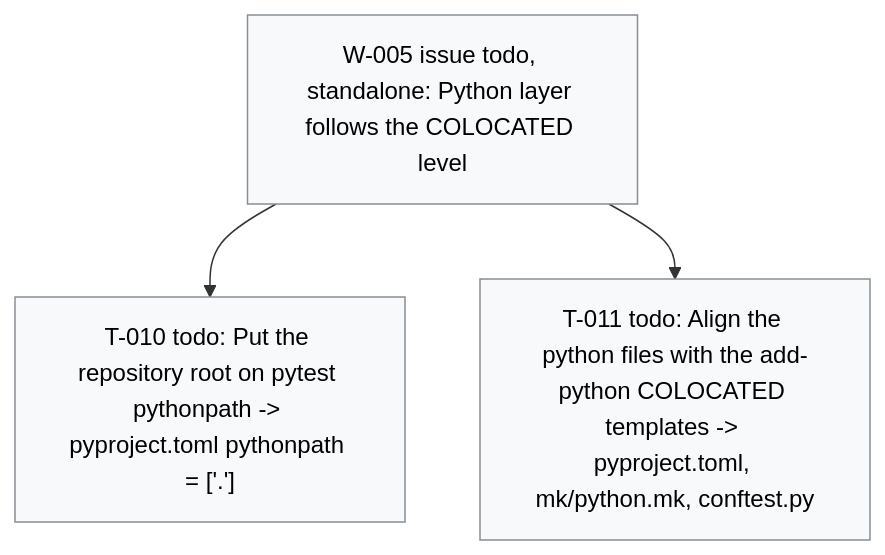
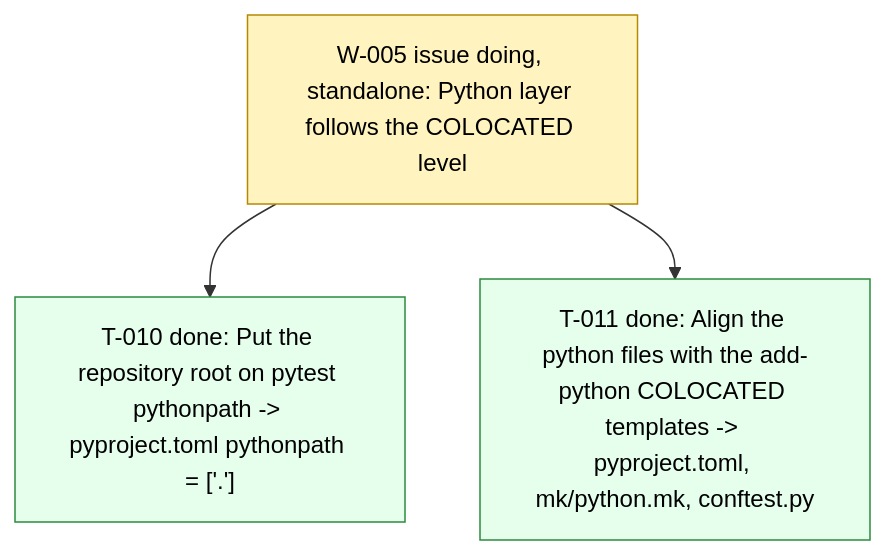
Before and after one commit to dpopchev/surrogate-models: the diagram in .board/BOARD.md, drawn with Mermaid. The commit also changed other lines of this file and 1 other file, not shown here.

Commit message:
chore: close T-011 on the board
Refs: W-005 T-011

````diff
--- a/.board/BOARD.md
+++ b/.board/BOARD.md
@@ -40,12 +40,13 @@
 ```mermaid
 flowchart TD
-  W005["W-005 issue todo, standalone: Python layer follows the COLOCATED level"]
-  W005 --> T010["T-010 todo: Put the repository root on pytest pythonpath -> pyproject.toml pythonpath = ['.']"]
-  W005 --> T011["T-011 todo: Align the python files with the add-python COLOCATED templates -> pyproject.toml, mk/python.mk, conftest.py"]
+  W005["W-005 issue doing, standalone: Python layer follows the COLOCATED level"]
+  W005 --> T010["T-010 done: Put the repository root on pytest pythonpath -> pyproject.toml pythonpath = ['.']"]
+  W005 --> T011["T-011 done: Align the python files with the add-python COLOCATED templates -> pyproject.toml, mk/python.mk, conftest.py"]
   classDef doing fill:#fff3bf,stroke:#b58900,color:#000;
   classDef blocked fill:#ffe3e3,stroke:#c92a2a,color:#000;
   classDef done fill:#e6ffed,stroke:#2b8a3e,color:#000;
   classDef todo fill:#f8f9fa,stroke:#868e96,color:#000;
   classDef pruned fill:#f1f3f5,stroke:#adb5bd,color:#000;
-  class W005,T010,T011 todo
+  class W005 doing
+  class T010,T011 done
 ```
````
